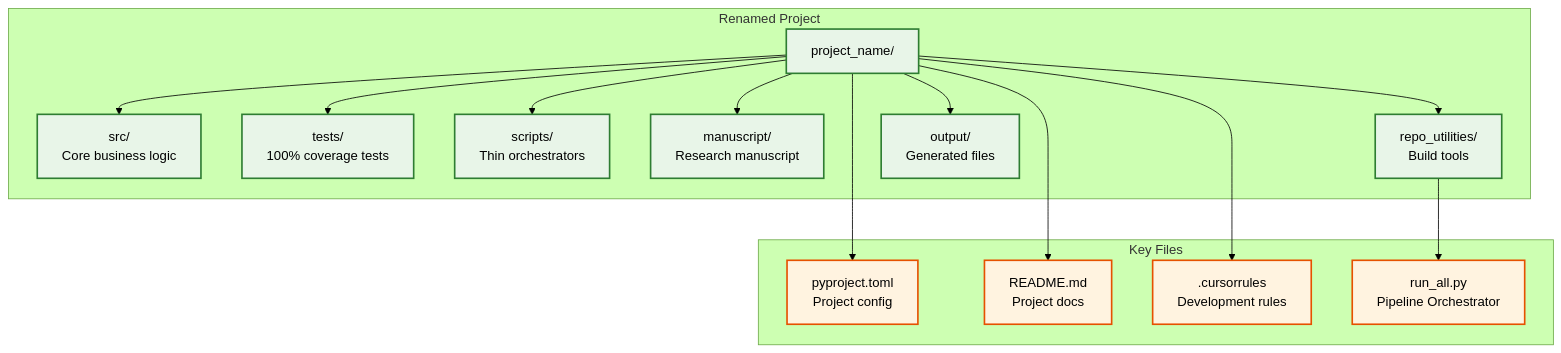
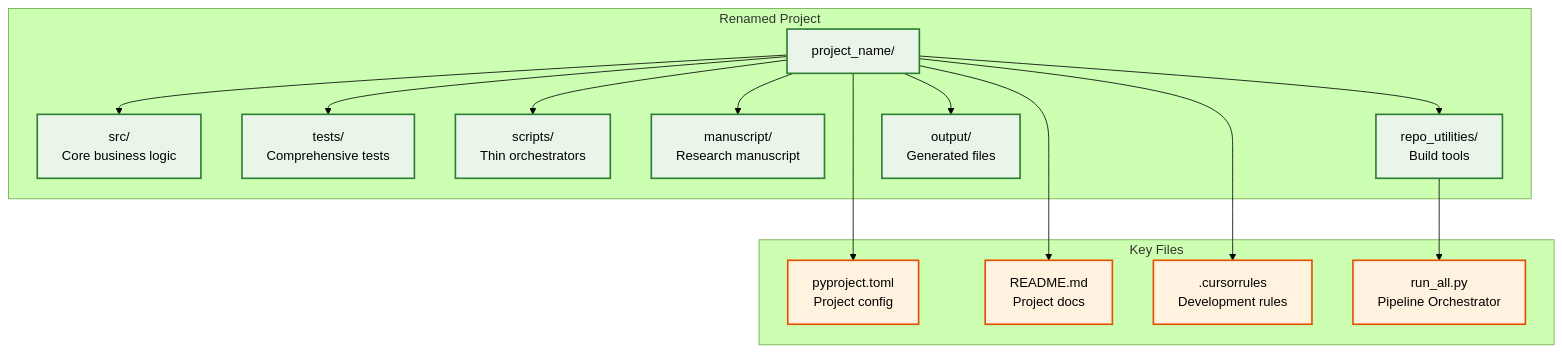
Before and after one commit to docxology/template: the first of 2 diagrams in docs/EXAMPLES.md, drawn with Mermaid (forest theme). The commit also changed other lines of this file and 132 other files, not shown here.

````diff
--- a/docs/EXAMPLES.md
+++ b/docs/EXAMPLES.md
@@ -75,37 +75,37 @@
 ```mermaid
 graph TB
     subgraph "Renamed Project"
         ROOT[project_name/]
         SRC[src/<br/>Core business logic]
-        TESTS[tests/<br/>100% coverage tests]
+        TESTS[tests/<br/>Comprehensive tests]
         SCRIPTS[scripts/<br/>Thin orchestrators]
         MANUSCRIPT[manuscript/<br/>Research manuscript]
         REPO_UTILS[repo_utilities/<br/>Build tools]
         OUTPUT[output/<br/>Generated files]
     end
     
     subgraph "Key Files"
         PYPROJECT[pyproject.toml<br/>Project config]
         README[README.md<br/>Project docs]
         CURSORRULES[.cursorrules<br/>Development rules]
         RENDER[run_all.py<br/>Pipeline Orchestrator]
     end
     
     ROOT --> SRC
     ROOT --> TESTS
     ROOT --> SCRIPTS
     ROOT --> MANUSCRIPT
     ROOT --> REPO_UTILS
     ROOT --> OUTPUT
     
     ROOT --> PYPROJECT
     ROOT --> README
     ROOT --> CURSORRULES
     REPO_UTILS --> RENDER
     
     classDef dir fill:#e8f5e8,stroke:#2e7d32,stroke-width:2px
     classDef file fill:#fff3e0,stroke:#e65100,stroke-width:2px
     
     class ROOT,SRC,TESTS,SCRIPTS,MANUSCRIPT,REPO_UTILS,OUTPUT dir
     class PYPROJECT,README,CURSORRULES,RENDER file
 ```
````
